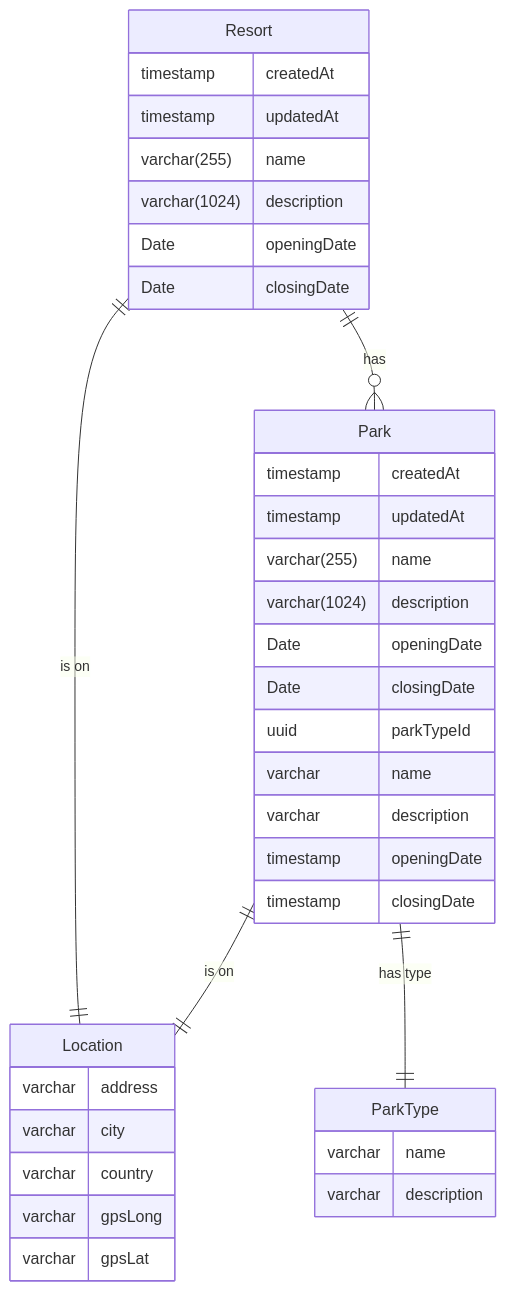
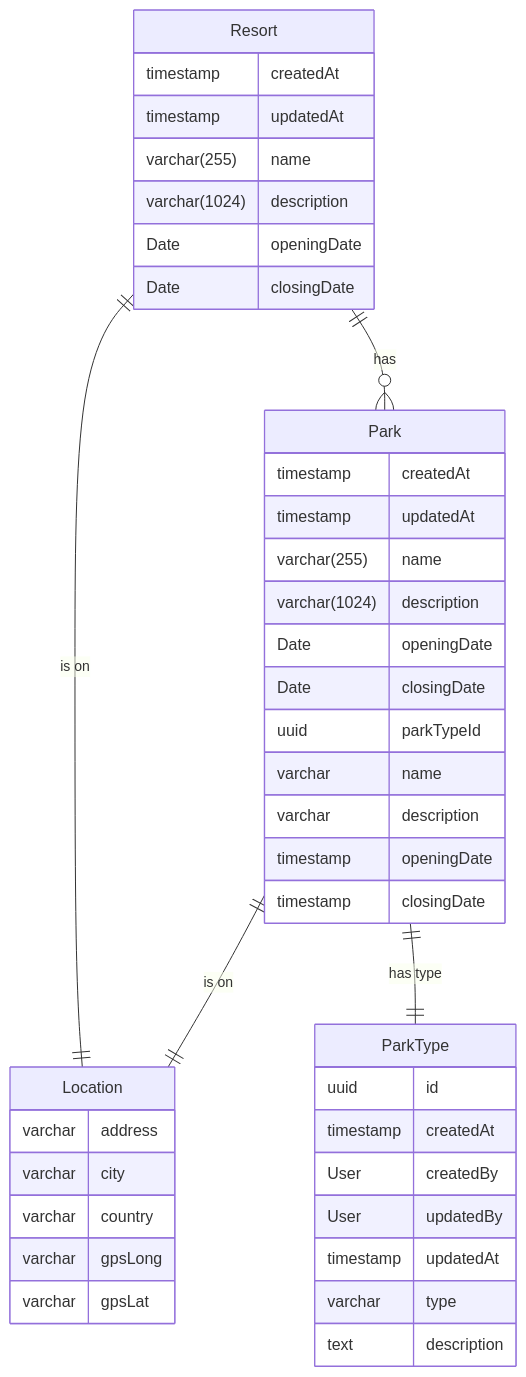
The diagram in documentation/datamodel/erd.mermaid (BasBrunink/tpdb), drawn with Mermaid before and after one commit. The commit also changed 1 other file, not shown here.

Commit message:
[WIP] parktype changed in DOC(ERD) and Postgresql types changed

```diff
--- a/documentation/datamodel/erd.mermaid
+++ b/documentation/datamodel/erd.mermaid
@@ -1,47 +1,52 @@
 
 erDiagram
 
 Resort ||--o{ Park: has
 Resort ||--|| Location: "is on"
 
 Park ||--|| Location: "is on"
 Park ||--|| ParkType: "has type"
 
 
 ParkType {
-    varchar name
-    varchar description
+    uuid id
+    timestamp createdAt
+    User createdBy
+    User updatedBy
+    timestamp updatedAt
+    varchar type
+    text description
 }
 
 Park {
     timestamp createdAt
     timestamp updatedAt
     varchar(255) name
     varchar(1024) description
     Date openingDate
     Date closingDate
     uuid parkTypeId
 }
 
 Park {
     varchar name
     varchar description
     timestamp openingDate
     timestamp closingDate
 }
 Resort {
     timestamp createdAt
     timestamp updatedAt
     varchar(255) name
     varchar(1024) description
     Date openingDate
     Date closingDate
 }
 
 Location {
     varchar address
     varchar city
     varchar country
     varchar gpsLong
     varchar gpsLat
 }
```
